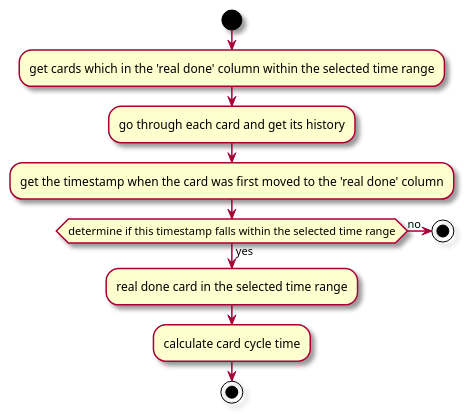
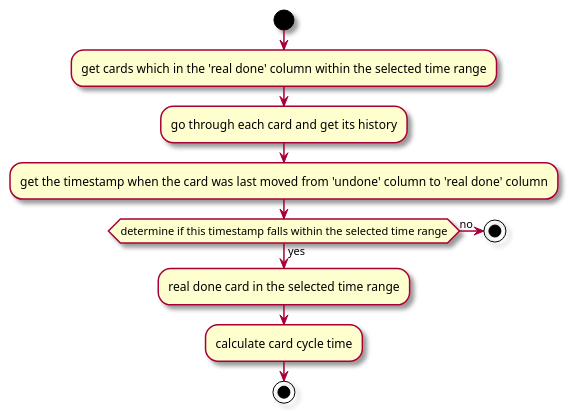
Before and after one commit to thoughtworks/HeartBeat: the third of 3 diagrams in docs/src/pages/en/dev-center/cycle-time-calculation.md, drawn with PlantUML.

Commit message:
ADM-577:[docs]update flow chart about done card

````diff
--- a/docs/src/pages/en/dev-center/cycle-time-calculation.md
+++ b/docs/src/pages/en/dev-center/cycle-time-calculation.md
@@ -105,18 +105,18 @@
 ```plantuml
 @startuml
 skin rose
 start
 
 :get cards which in the 'real done' column within the selected time range;
 :go through each card and get its history;
-:get the timestamp when the card was first moved to the 'real done' column;
+:get the timestamp when the card was last moved from 'undone' column to 'real done' column;
 if (determine if this timestamp falls within the selected time range) then (yes)
     :real done card in the selected time range;
     :calculate card cycle time;
     stop
 else (no)
     stop
 endif
 @enduml
 
 ```
````
